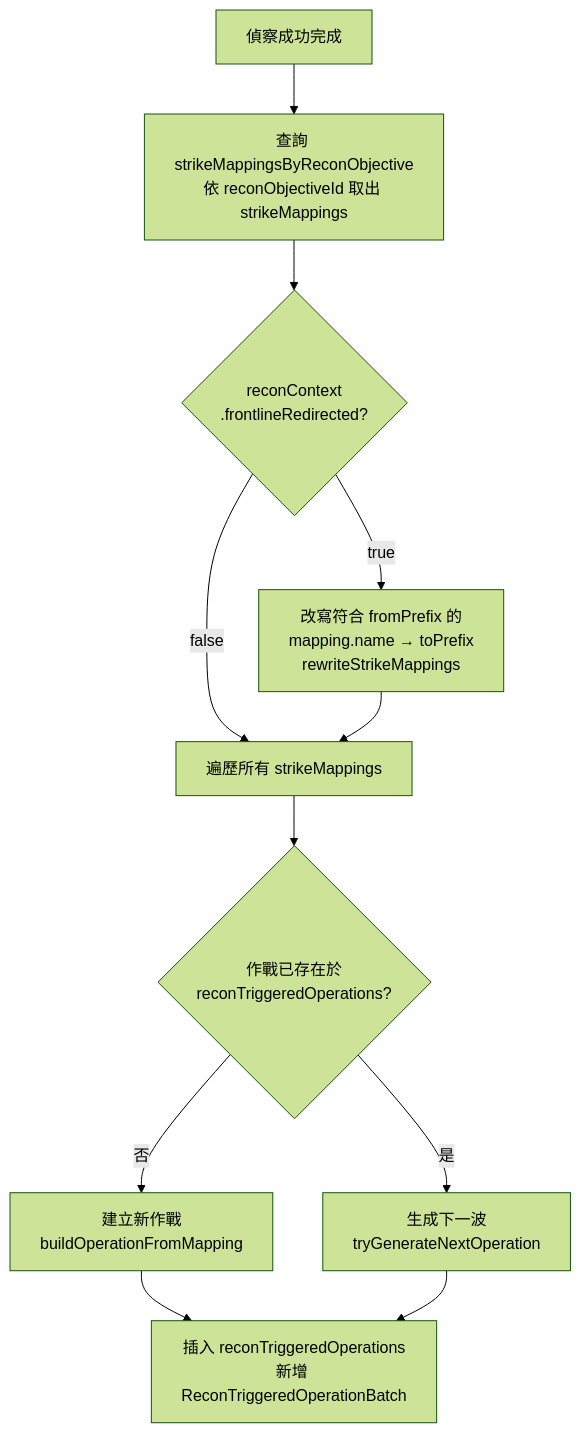
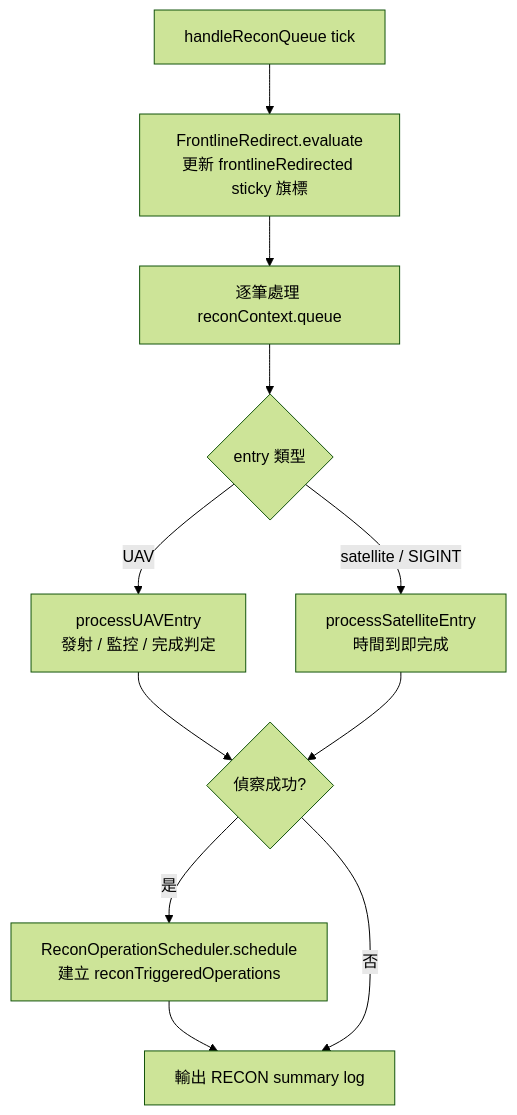
One commit to pullupjumper/formosa-in-flames changed the second of 3 diagrams in docs/strikePlanner/recon.md. Above: the diagram before and after it, drawn with Mermaid (forest theme). The commit also changed other lines of this file and 15 other files, not shown here.

Commit message:
refactor(strikePlanner): split recon planning helpers into modules

````diff
--- a/docs/strikePlanner/recon.md
+++ b/docs/strikePlanner/recon.md
@@ -84,23 +86,18 @@
 ```mermaid
 flowchart TD
-    RECON_OK["偵察成功完成"]
-    MATRIX["查詢 strikeMappingsByReconObjective<br>依 reconObjectiveId 取出 strikeMappings"]
-    REDIRECT{"reconContext<br>.frontlineRedirected?"}
-    REWRITE["改寫符合 fromPrefix 的<br>mapping.name → toPrefix<br>rewriteStrikeMappings"]
-    LOOP["遍歷所有 strikeMappings"]
-    CHECK{"作戰已存在於<br>reconTriggeredOperations?"}
-    NEW["建立新作戰<br>buildOperationFromMapping"]
-    NEXT["生成下一波<br>tryGenerateNextOperation"]
-    INSERT["插入 reconTriggeredOperations<br>新增 ReconTriggeredOperationBatch"]
+    TICK["handleReconQueue tick"]
+    REDIRECT["FrontlineRedirect.evaluate<br>更新 frontlineRedirected sticky 旗標"]
+    LOOP["逐筆處理 reconContext.queue"]
+    ENTRY{"entry 類型"}
+    UAV["processUAVEntry<br>發射 / 監控 / 完成判定"]
+    SAT["processSatelliteEntry<br>時間到即完成"]
+    SUCCESS{"偵察成功?"}
+    SCHED["ReconOperationScheduler.schedule<br>建立 reconTriggeredOperations"]
+    LOG["輸出 RECON summary log"]
 
-    RECON_OK --> MATRIX
-    MATRIX --> REDIRECT
-    REDIRECT -->|true| REWRITE
-    REDIRECT -->|false| LOOP
-    REWRITE --> LOOP
-    LOOP --> CHECK
-    CHECK -->|否| NEW
-    CHECK -->|是| NEXT
-    NEW --> INSERT
-    NEXT --> INSERT
+    TICK --> REDIRECT --> LOOP --> ENTRY
+    ENTRY -->|UAV| UAV --> SUCCESS
+    ENTRY -->|satellite / SIGINT| SAT --> SUCCESS
+    SUCCESS -->|是| SCHED --> LOG
+    SUCCESS -->|否| LOG
 ```
````
